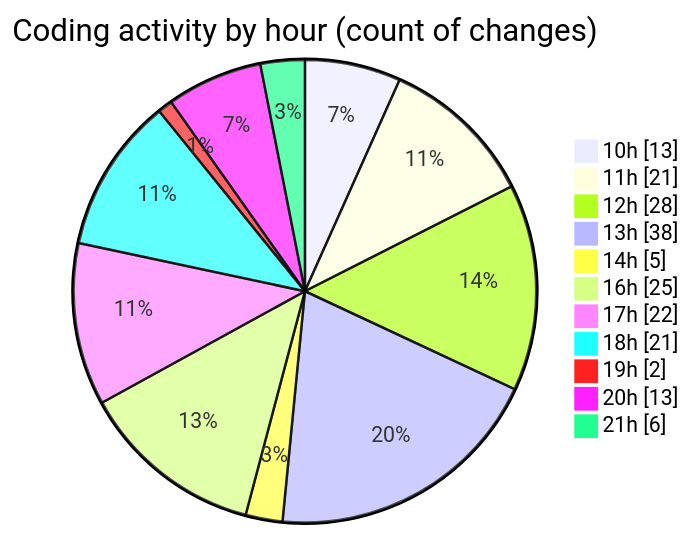
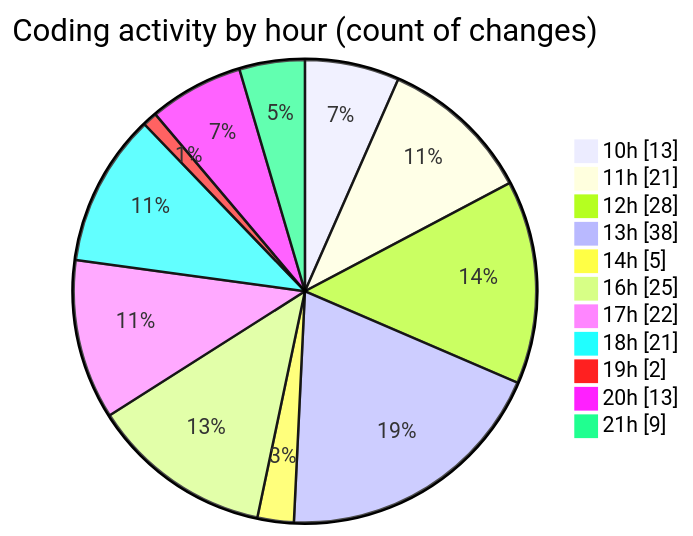
Before and after one commit to momahboobian/code-tracking: the second of 2 diagrams in 2025-06-19/cda/README.md, drawn with Mermaid. The commit also changed other lines of this file and 1 other file, not shown here.

````diff
--- a/2025-06-19/cda/README.md
+++ b/2025-06-19/cda/README.md
@@ -50,15 +50,15 @@
 ```mermaid
 pie showData
 title Coding activity by hour (count of changes)
 "10h" : 13
 "11h" : 21
 "12h" : 28
 "13h" : 38
 "14h" : 5
 "16h" : 25
 "17h" : 22
 "18h" : 21
 "19h" : 2
 "20h" : 13
-"21h" : 6
+"21h" : 9
 ```
````
